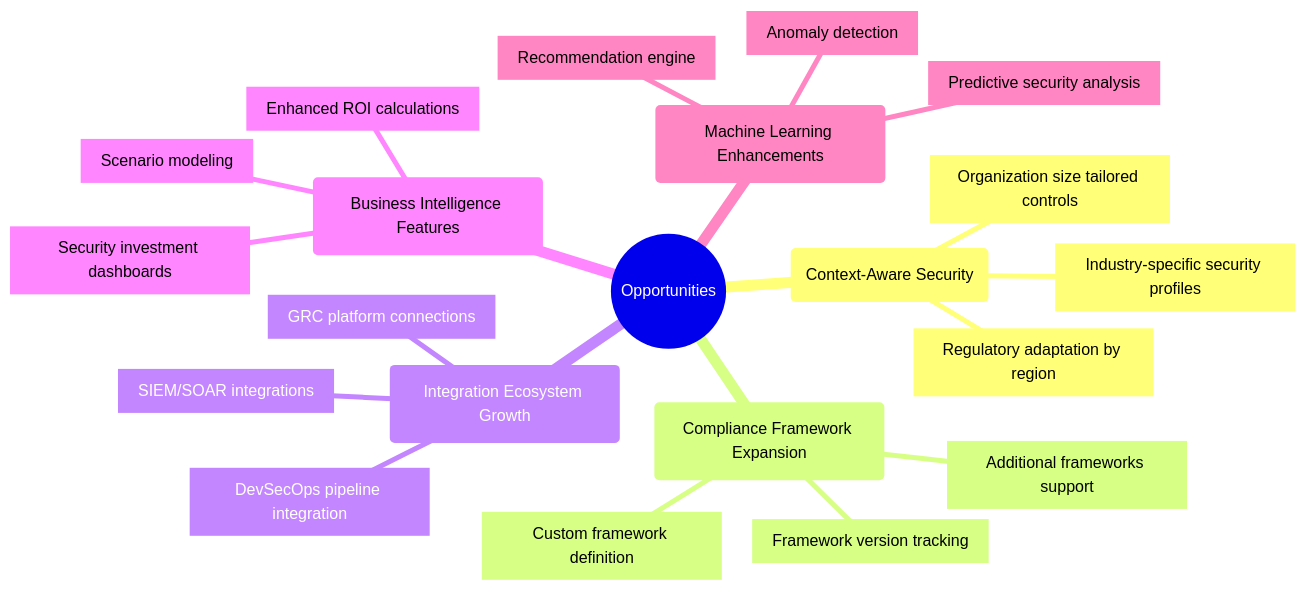
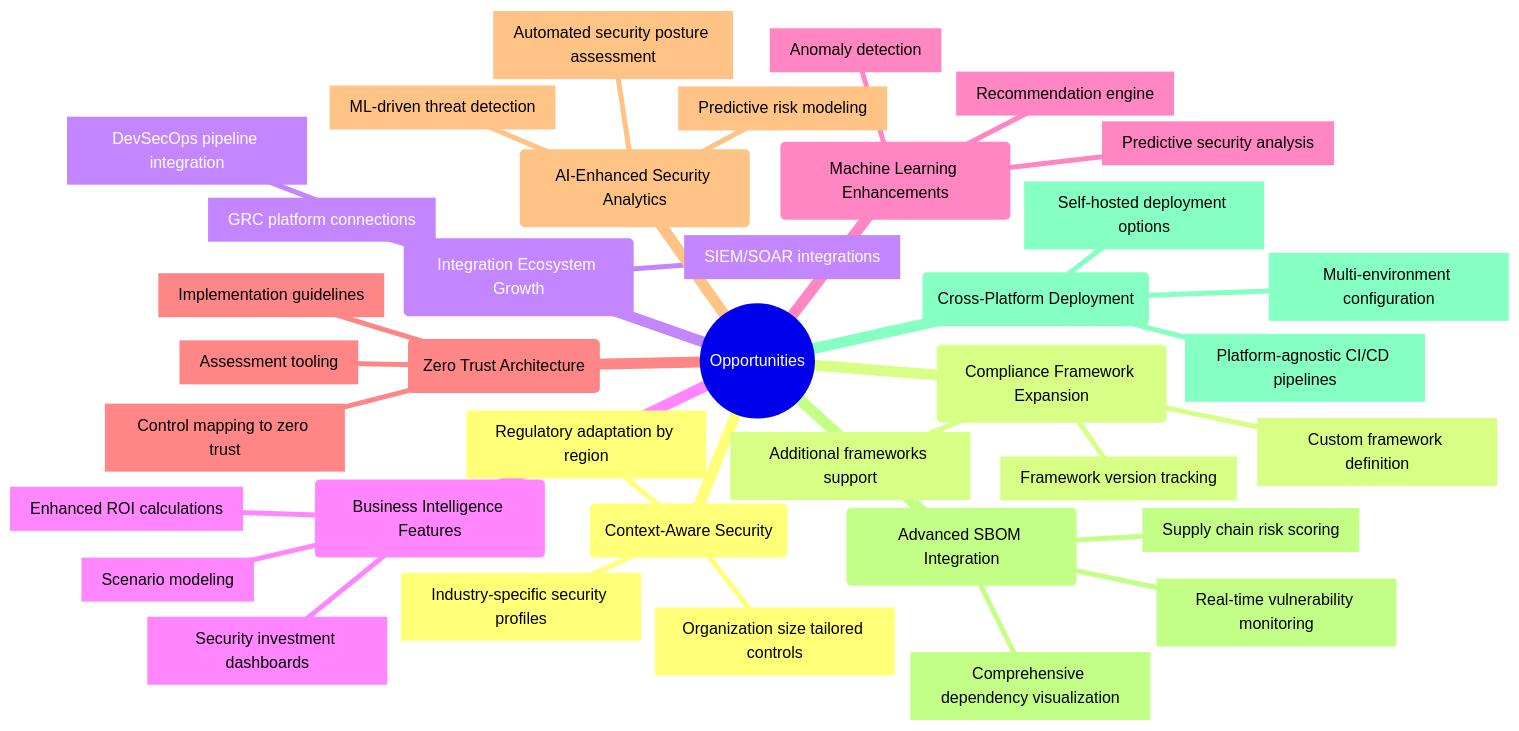
One commit to Hack23/cia-compliance-manager changed the fifth of 7 diagrams in docs/architecture/SWOT.md. Above: the diagram before and after it, drawn with Mermaid. The commit also changed other lines of this file, not shown here.

````diff
--- a/docs/architecture/SWOT.md
+++ b/docs/architecture/SWOT.md
@@ -224,24 +296,40 @@
 ```mermaid
 mindmap
   root((Opportunities))
     id1(Context-Aware Security)
       id1.1[Industry-specific security profiles]
       id1.2[Regulatory adaptation by region]
       id1.3[Organization size tailored controls]
     id2(Compliance Framework Expansion)
       id2.1[Additional frameworks support]
       id2.2[Framework version tracking]
       id2.3[Custom framework definition]
     id3(Integration Ecosystem Growth)
       id3.1[SIEM/SOAR integrations]
       id3.2[GRC platform connections]
       id3.3[DevSecOps pipeline integration]
     id4(Business Intelligence Features)
       id4.1[Enhanced ROI calculations]
       id4.2[Security investment dashboards]
       id4.3[Scenario modeling]
     id5(Machine Learning Enhancements)
       id5.1[Recommendation engine]
       id5.2[Anomaly detection]
       id5.3[Predictive security analysis]
+    id6(Zero Trust Architecture)
+      id6.1[Implementation guidelines]
+      id6.2[Control mapping to zero trust]
+      id6.3[Assessment tooling]
+    id7(AI-Enhanced Security Analytics)
+      id7.1[ML-driven threat detection]
+      id7.2[Predictive risk modeling]
+      id7.3[Automated security posture assessment]
+    id8(Advanced SBOM Integration)
+      id8.1[Real-time vulnerability monitoring]
+      id8.2[Comprehensive dependency visualization]
+      id8.3[Supply chain risk scoring]
+    id9(Cross-Platform Deployment)
+      id9.1[Platform-agnostic CI/CD pipelines]
+      id9.2[Self-hosted deployment options]
+      id9.3[Multi-environment configuration]
 ```
````
